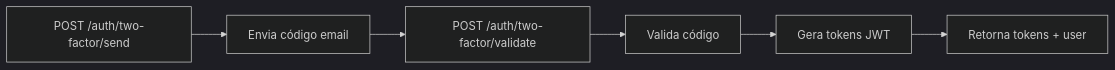
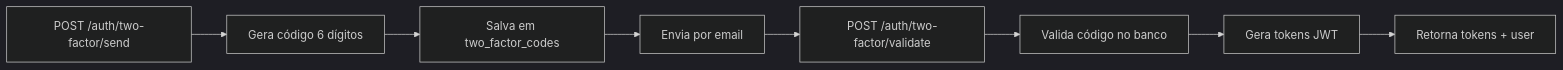
Before and after one commit to wesandradealves/onterapi: the third of 3 diagrams in README.md, drawn with Mermaid (dark theme). The commit also changed other lines of this file and 2 other files, not shown here.

First line of the commit message:
feat(auth): implementa 2FA completo com Supabase Cloud

````diff
--- a/README.md
+++ b/README.md
@@ -493,8 +498,10 @@
 ```mermaid
 graph LR
-    A[POST /auth/two-factor/send] --> B[Envia código email]
-    B --> C[POST /auth/two-factor/validate]
-    C --> D[Valida código]
-    D --> E[Gera tokens JWT]
-    E --> F[Retorna tokens + user]
+    A[POST /auth/two-factor/send] --> B[Gera código 6 dígitos]
+    B --> C[Salva em two_factor_codes]
+    C --> D[Envia por email]
+    D --> E[POST /auth/two-factor/validate]
+    E --> F[Valida código no banco]
+    F --> G[Gera tokens JWT]
+    G --> H[Retorna tokens + user]
 ```
````
